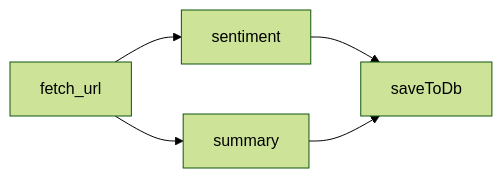
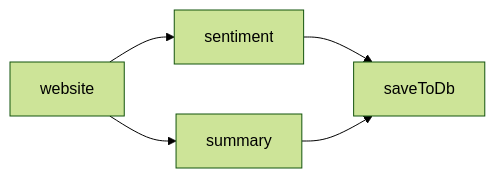
The diagram in pkgs/core/example-flow.mermaid (pgflow-dev/pgflow), drawn with Mermaid (forest theme) before and after one commit. The commit also changed 2 other files, not shown here.

Commit message:
docs(workflow): Update example flow documentation and diagram
Rename 'fetch_url' node to 'website' in README, Mermaid diagram, and SVG flow chart to improve
clarity and consistency of workflow documentation

```diff
--- a/pkgs/core/example-flow.mermaid
+++ b/pkgs/core/example-flow.mermaid
@@ -1,5 +1,5 @@
 graph LR
-      A[fetch_url] --> B[sentiment]
+      A[website] --> B[sentiment]
       A --> C[summary]
       B --> D[saveToDb]
       C --> D
```
